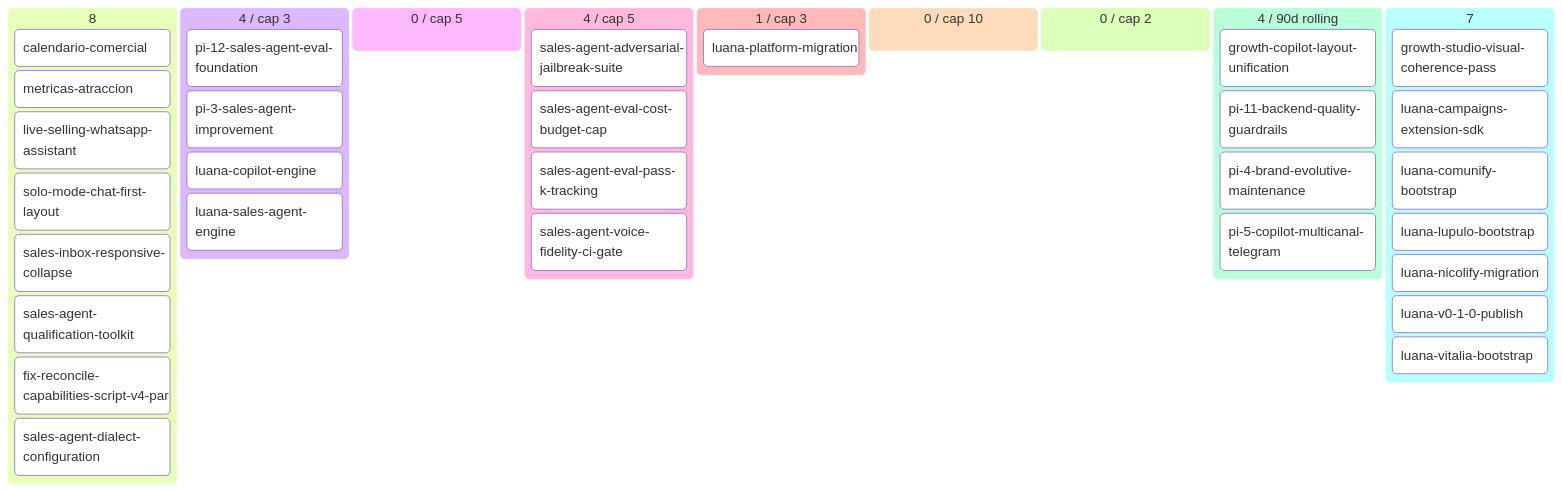
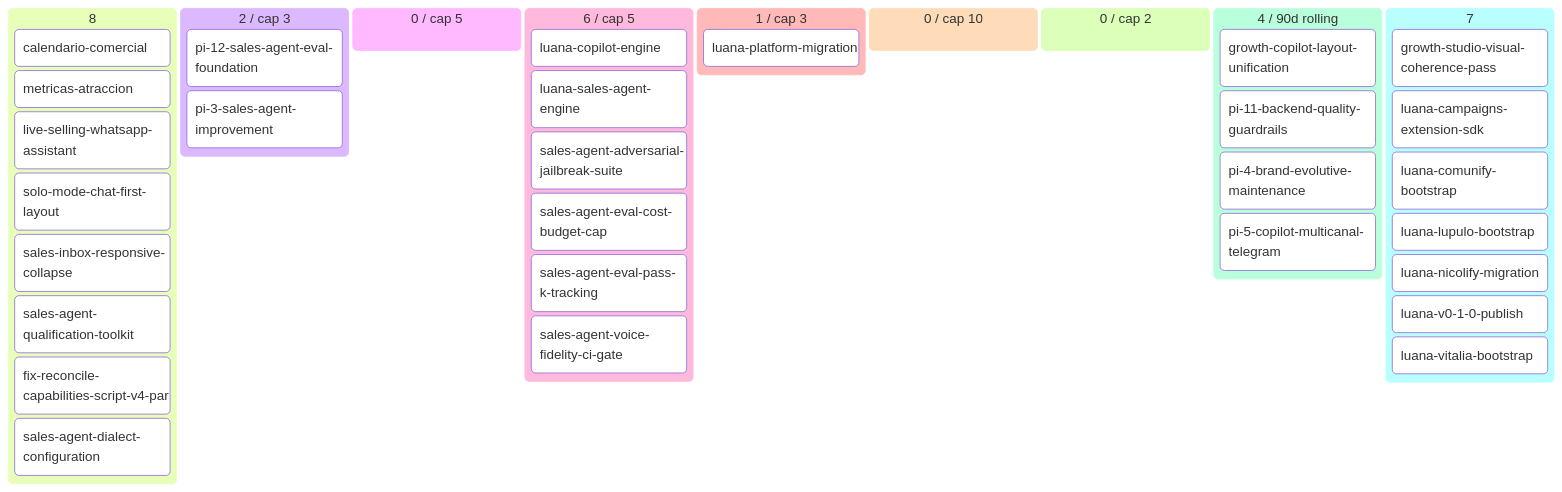
One commit to alpacapurpura/ap_sales_agent changed the diagram in docs/product/BACKLOG.md. Above: the diagram before and after it, drawn with Mermaid. The commit also changed other lines of this file and 13 other files, not shown here.

````diff
--- a/docs/product/BACKLOG.md
+++ b/docs/product/BACKLOG.md
@@ -66,40 +66,40 @@
 ```mermaid
 kanban
   💡 Ideas (8)
     calendario-comercial[calendario-comercial]
     metricas-atraccion[metricas-atraccion]
     live-selling-whatsapp-assistan[live-selling-whatsapp-assistant]
     solo-mode-chat-first-layout[solo-mode-chat-first-layout]
     sales-inbox-responsive-collaps[sales-inbox-responsive-collapse]
     sales-agent-qualification-tool[sales-agent-qualification-toolkit]
     fix-reconcile-capabilities-scr[fix-reconcile-capabilities-script-v4-par]
     sales-agent-dialect-configurat[sales-agent-dialect-configuration]
-  🔬 Refining (4 / cap 3)
+  🔬 Refining (2 / cap 3)
     pi-12-sales-agent-eval-foundat[pi-12-sales-agent-eval-foundation]
     pi-3-sales-agent-improvement[pi-3-sales-agent-improvement]
+  ✅ Refined (0 / cap 5)
+  📦 Ready (6 / cap 5)
     luana-copilot-engine[luana-copilot-engine]
     luana-sales-agent-engine[luana-sales-agent-engine]
-  ✅ Refined (0 / cap 5)
-  📦 Ready (4 / cap 5)
     sales-agent-adversarial-jailbr[sales-agent-adversarial-jailbreak-suite]
     sales-agent-eval-cost-budget-c[sales-agent-eval-cost-budget-cap]
     sales-agent-eval-pass-k-tracki[sales-agent-eval-pass-k-tracking]
     sales-agent-voice-fidelity-ci-[sales-agent-voice-fidelity-ci-gate]
   🔨 Developing (1 / cap 3)
     luana-platform-migration[luana-platform-migration]
   🧪 Developed (0 / cap 10)
   🔍 Reviewing (0 / cap 2)
   ✅ Done (4 / 90d rolling)
     growth-copilot-layout-unificat[growth-copilot-layout-unification]
     pi-11-backend-quality-guardrai[pi-11-backend-quality-guardrails]
     pi-4-brand-evolutive-maintenan[pi-4-brand-evolutive-maintenance]
     pi-5-copilot-multicanal-telegr[pi-5-copilot-multicanal-telegram]
   🅿 Parked (7)
     growth-studio-visual-coherence[growth-studio-visual-coherence-pass]
     luana-campaigns-extension-sdk[luana-campaigns-extension-sdk]
     luana-comunify-bootstrap[luana-comunify-bootstrap]
     luana-lupulo-bootstrap[luana-lupulo-bootstrap]
     luana-nicolify-migration[luana-nicolify-migration]
     luana-v0-1-0-publish[luana-v0-1-0-publish]
     luana-vitalia-bootstrap[luana-vitalia-bootstrap]
 ```
````
